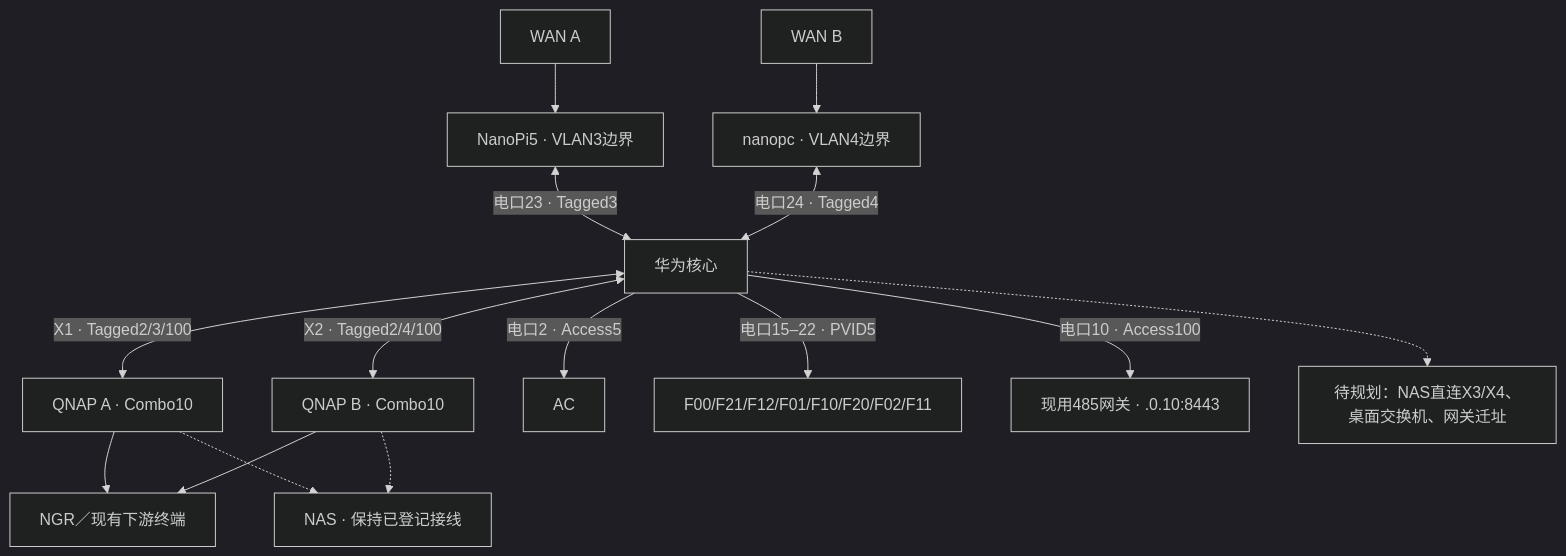
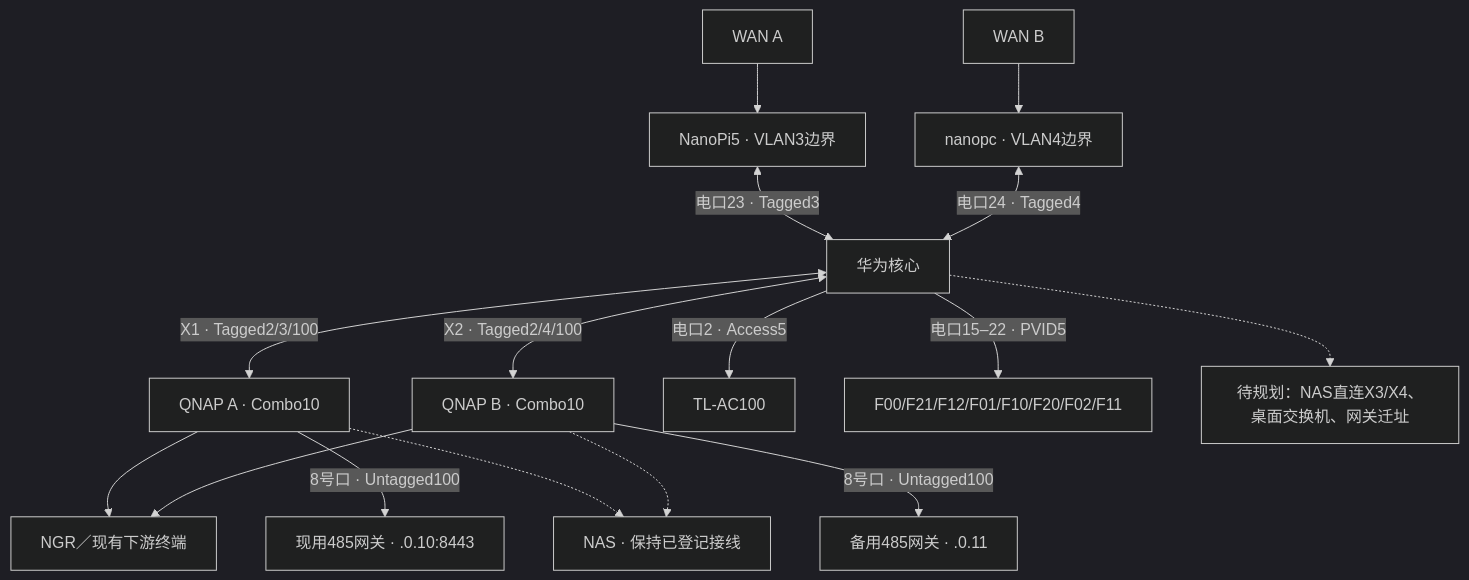
One commit to charwliu/homesense changed the diagram in docs/network-architecture.md. Above: the diagram before and after it, drawn with Mermaid (dark theme). The commit also changed other lines of this file and 1 other file, not shown here.

Commit message:
docs(network): record AC migration and VLAN100 access controls

````diff
--- a/docs/network-architecture.md
+++ b/docs/network-architecture.md
@@ -42,17 +44,18 @@
 ```mermaid
 flowchart TB
     A["WAN A"] --> NA["NanoPi5 · VLAN3边界"]
     B["WAN B"] --> NB["nanopc · VLAN4边界"]
     NA <-->|"电口23 · Tagged3"| C["华为核心"]
     NB <-->|"电口24 · Tagged4"| C
     C <-->|"X1 · Tagged2/3/100"| QA["QNAP A · Combo10"]
     C <-->|"X2 · Tagged2/4/100"| QB["QNAP B · Combo10"]
     QA --> S["NGR／现有下游终端"]
     QB --> S
-    C -->|"电口2 · Access5"| AC["AC"]
+    C -->|"电口2 · Access5"| AC["TL-AC100"]
     C -->|"电口15–22 · PVID5"| AP["F00/F21/F12/F01/F10/F20/F02/F11"]
-    C -->|"电口10 · Access100"| G["现用485网关 · .0.10:8443"]
+    QA -->|"8号口 · Untagged100"| G["现用485网关 · .0.10:8443"]
+    QB -->|"8号口 · Untagged100"| G2["备用485网关 · .0.11"]
     QA -.-> NAS["NAS · 保持已登记接线"]
     QB -.-> NAS
     C -.-> FUTURE["待规划：NAS直连X3/X4、桌面交换机、网关迁址"]
 ```
````
